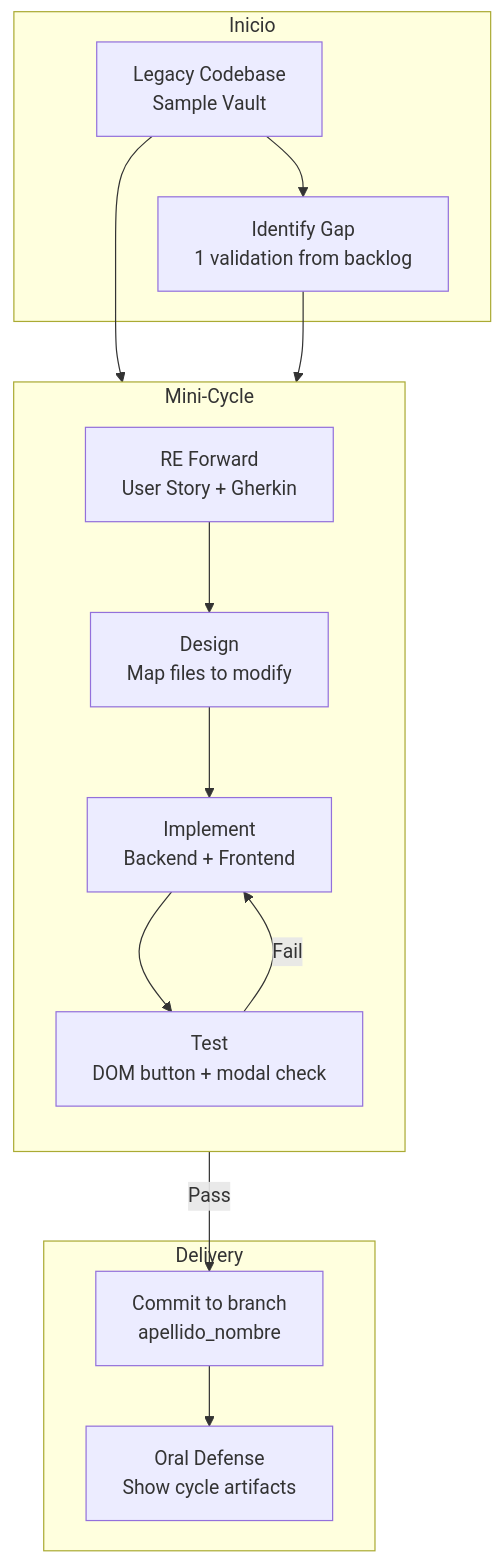
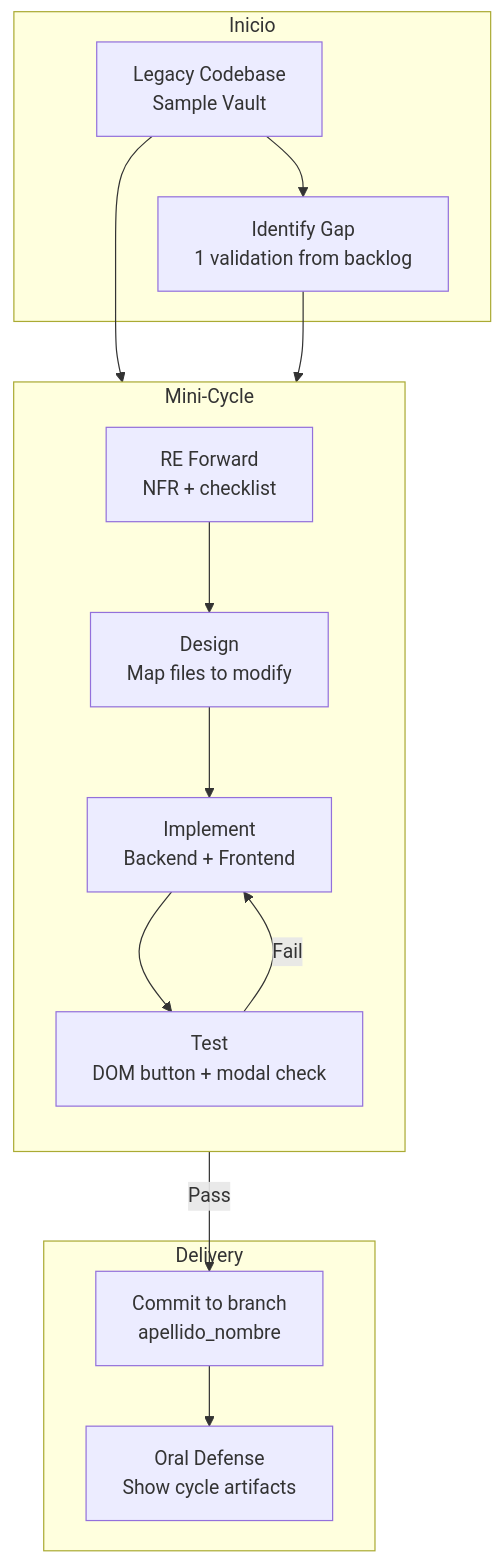
Before and after one commit to estebanmatias92/tecnicatura-practicas-profesionalizantes-ii: the first of 3 diagrams in 30-assignments/2026-06-02-practico-01/code/docs/sdlc/process-diagram.md, drawn with Mermaid. The commit also changed other lines of this file and 12 other files, not shown here.

````diff
--- a/30-assignments/2026-06-02-practico-01/code/docs/sdlc/process-diagram.md
+++ b/30-assignments/2026-06-02-practico-01/code/docs/sdlc/process-diagram.md
@@ -5,28 +5,28 @@
 ```mermaid
 flowchart TB
     subgraph Inicio
         A[Legacy Codebase<br/>Sample Vault] --> B[Identify Gap<br/>1 validation from backlog]
     end
 
     subgraph Mini-Cycle
         direction TB
-        C[RE Forward<br/>User Story + Gherkin]
+        C[RE Forward<br/>NFR + checklist]
         D[Design<br/>Map files to modify]
         E[Implement<br/>Backend + Frontend]
         F[Test<br/>DOM button + modal check]
     end
 
     subgraph Delivery
         G[Commit to branch<br/>apellido_nombre]
         H[Oral Defense<br/>Show cycle artifacts]
     end
 
     A --> C
     B --> C
     C --> D
     D --> E
     E --> F
     F -->|Pass| G
     F -->|Fail| E
     G --> H
 ```
````
